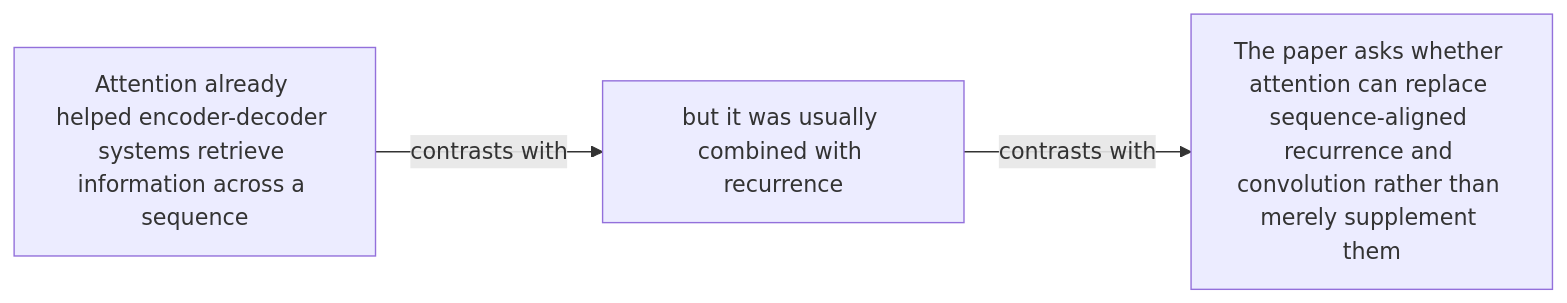
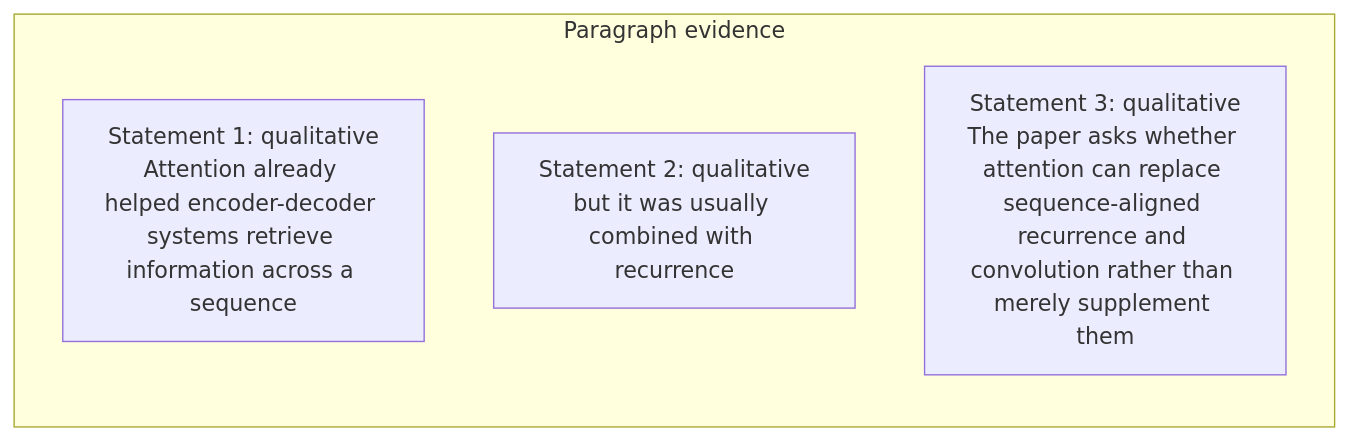
One commit to Betancourt1/paper_atlas changed the fourth of 54 diagrams in docs/visual-manifests/VISUAL_MANIFEST_ATTENTION_IS_ALL_YOU_NEED.md. Above: the diagram before and after it, drawn with Mermaid. The commit also changed other lines of this file and 7 other files, not shown here.

````diff
--- a/docs/visual-manifests/VISUAL_MANIFEST_ATTENTION_IS_ALL_YOU_NEED.md
+++ b/docs/visual-manifests/VISUAL_MANIFEST_ATTENTION_IS_ALL_YOU_NEED.md
@@ -300,8 +292,8 @@
 ```mermaid
 flowchart LR
-  n1["Attention already helped encoder-decoder systems retrieve information across a sequence"]
-  n2["but it was usually combined with recurrence"]
-  n3["The paper asks whether attention can replace sequence-aligned recurrence and convolution rather than merely supplement them"]
-  n1 -->|"contrasts with"| n2
-  n2 -->|"contrasts with"| n3
+  subgraph p1["Paragraph evidence"]
+    p1r1["Statement 1: qualitative<br/>Attention already helped encoder-decoder systems retrieve information across a sequence"]
+    p1r2["Statement 2: qualitative<br/>but it was usually combined with recurrence"]
+    p1r3["Statement 3: qualitative<br/>The paper asks whether attention can replace sequence-aligned recurrence and convolution rather than merely supplement them"]
+  end
 ```
````
